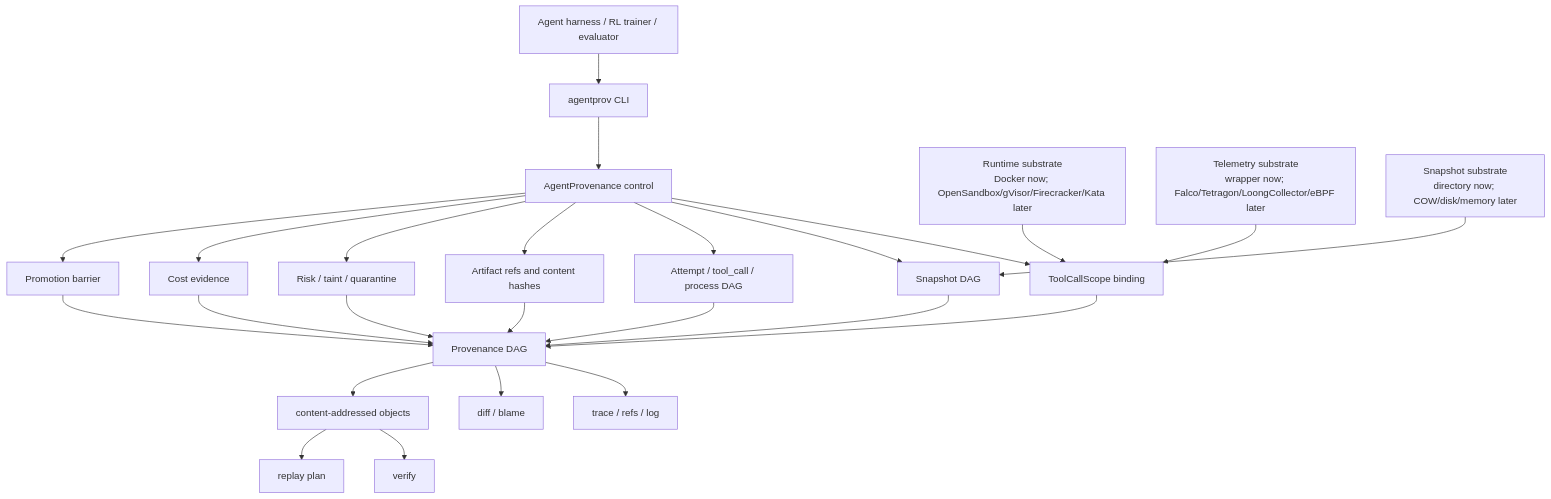
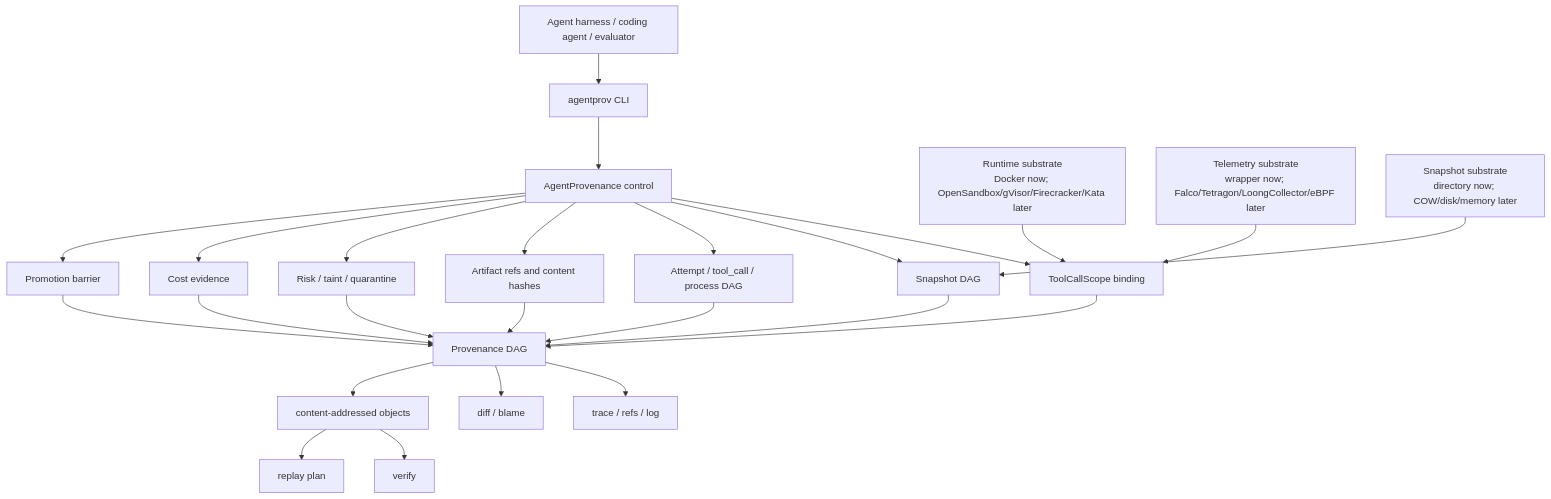
The diagram in README.md (ByteYellow/AgentProvenance), drawn with Mermaid before and after one commit. The commit also changed other lines of this file and 1 other file, not shown here.

Commit message:
docs: position as agent observability provenance

````diff
--- a/README.md
+++ b/README.md
@@ -193,31 +199,31 @@
 ```mermaid
 flowchart TD
-    Harness["Agent harness / RL trainer / evaluator"] --> CLI["agentprov CLI"]
+    Harness["Agent harness / coding agent / evaluator"] --> CLI["agentprov CLI"]
     CLI --> Control["AgentProvenance control"]
 
     Control --> Scope["ToolCallScope binding"]
     Control --> State["Snapshot DAG"]
     Control --> Exec["Attempt / tool_call / process DAG"]
     Control --> Artifacts["Artifact refs and content hashes"]
     Control --> Risk["Risk / taint / quarantine"]
     Control --> Cost["Cost evidence"]
     Control --> Barrier["Promotion barrier"]
 
     Scope --> Graph["Provenance DAG"]
     State --> Graph
     Exec --> Graph
     Artifacts --> Graph
     Risk --> Graph
     Cost --> Graph
     Barrier --> Graph
 
     Graph --> Query["trace / refs / log"]
     Graph --> Diff["diff / blame"]
     Graph --> Objects["content-addressed objects"]
     Objects --> Verify["verify"]
     Objects --> Replay["replay plan"]
 
     Runtime["Runtime substrate\nDocker now; OpenSandbox/gVisor/Firecracker/Kata later"] --> Scope
     Telemetry["Telemetry substrate\nwrapper now; Falco/Tetragon/LoongCollector/eBPF later"] --> Scope
     Snapshot["Snapshot substrate\ndirectory now; COW/disk/memory later"] --> State
 ```
````
